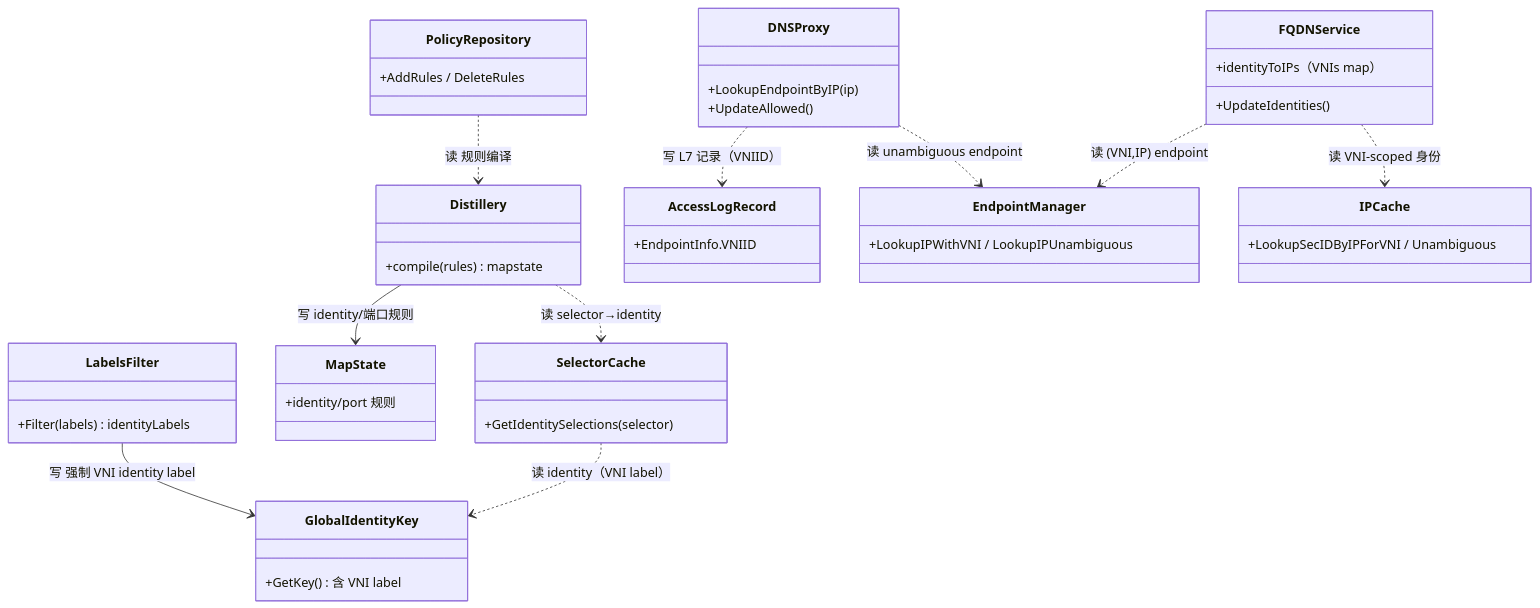
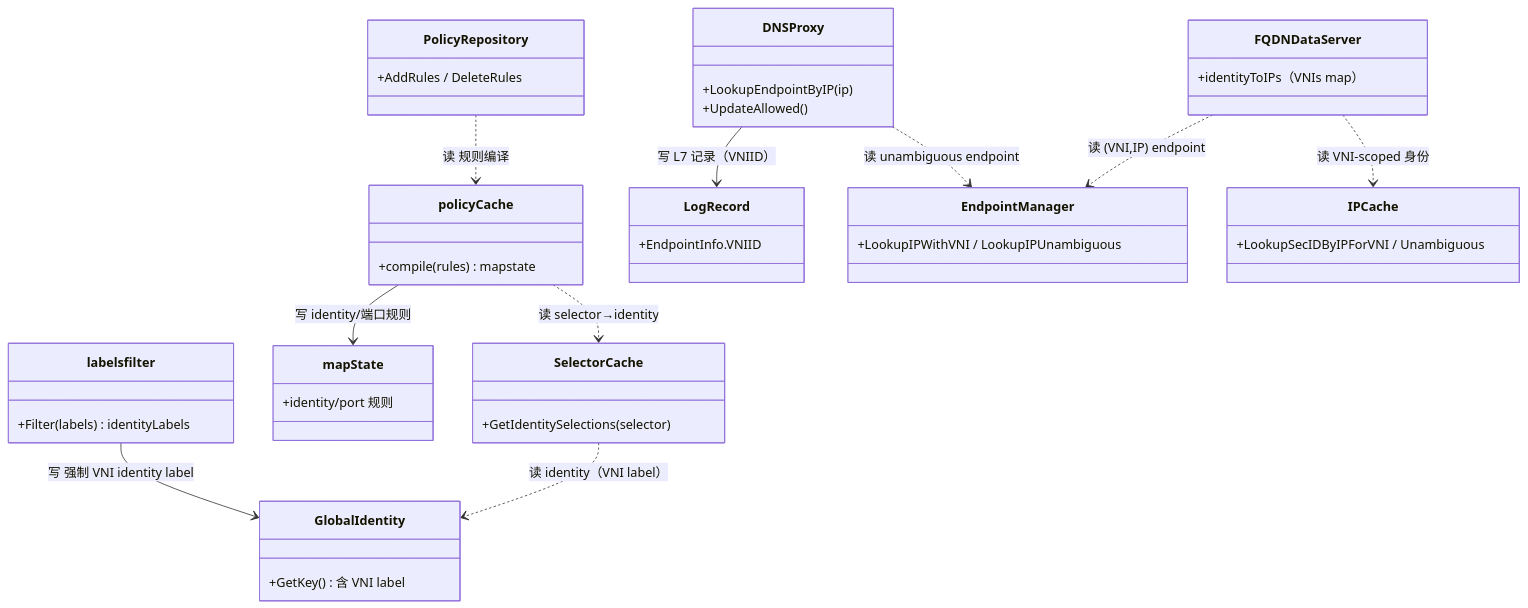
One commit to zbb88888/cilium-map-road changed the first of 2 diagrams in docs/planes/05-policy-plane.md. Above: the diagram before and after it, drawn with Mermaid. The commit also changed other lines of this file and 11 other files, not shown here.

````diff
--- a/docs/planes/05-policy-plane.md
+++ b/docs/planes/05-policy-plane.md
@@ -21,48 +21,47 @@
 ```mermaid
 classDiagram
     class PolicyRepository {
         +AddRules / DeleteRules
     }
-    class Distillery {
+    class policyCache {
         +compile(rules) mapstate
     }
     class SelectorCache {
         +GetIdentitySelections(selector)
     }
-    class MapState {
+    class mapState {
         +identity/port 规则
     }
-    class LabelsFilter {
+    class labelsfilter {
         +Filter(labels) identityLabels
     }
-    class GlobalIdentityKey {
+    class GlobalIdentity {
         +GetKey() 含 VNI label
     }
-    class FQDNService {
+    class FQDNDataServer {
         +identityToIPs（VNIs map）
-        +UpdateIdentities()
     }
     class DNSProxy {
         +LookupEndpointByIP(ip)
         +UpdateAllowed()
     }
-    class AccessLogRecord {
+    class LogRecord {
         +EndpointInfo.VNIID
     }
     class EndpointManager {
         +LookupIPWithVNI / LookupIPUnambiguous
     }
     class IPCache {
         +LookupSecIDByIPForVNI / Unambiguous
     }
 
-    PolicyRepository ..> Distillery : 读 规则编译
-    Distillery ..> SelectorCache : 读 selector→identity
-    SelectorCache ..> GlobalIdentityKey : 读 identity（VNI label）
-    LabelsFilter --> GlobalIdentityKey : 写 强制 VNI identity label
-    Distillery --> MapState : 写 identity/端口规则
-    FQDNService ..> EndpointManager : 读 (VNI,IP) endpoint
-    FQDNService ..> IPCache : 读 VNI-scoped 身份
+    PolicyRepository ..> policyCache : 读 规则编译
+    policyCache ..> SelectorCache : 读 selector→identity
+    SelectorCache ..> GlobalIdentity : 读 identity（VNI label）
+    labelsfilter --> GlobalIdentity : 写 强制 VNI identity label
+    policyCache --> mapState : 写 identity/端口规则
+    FQDNDataServer ..> EndpointManager : 读 (VNI,IP) endpoint
+    FQDNDataServer ..> IPCache : 读 VNI-scoped 身份
     DNSProxy ..> EndpointManager : 读 unambiguous endpoint
-    DNSProxy ..> AccessLogRecord : 写 L7 记录（VNIID）
+    DNSProxy --> LogRecord : 写 L7 记录（VNIID）
 ```
````
